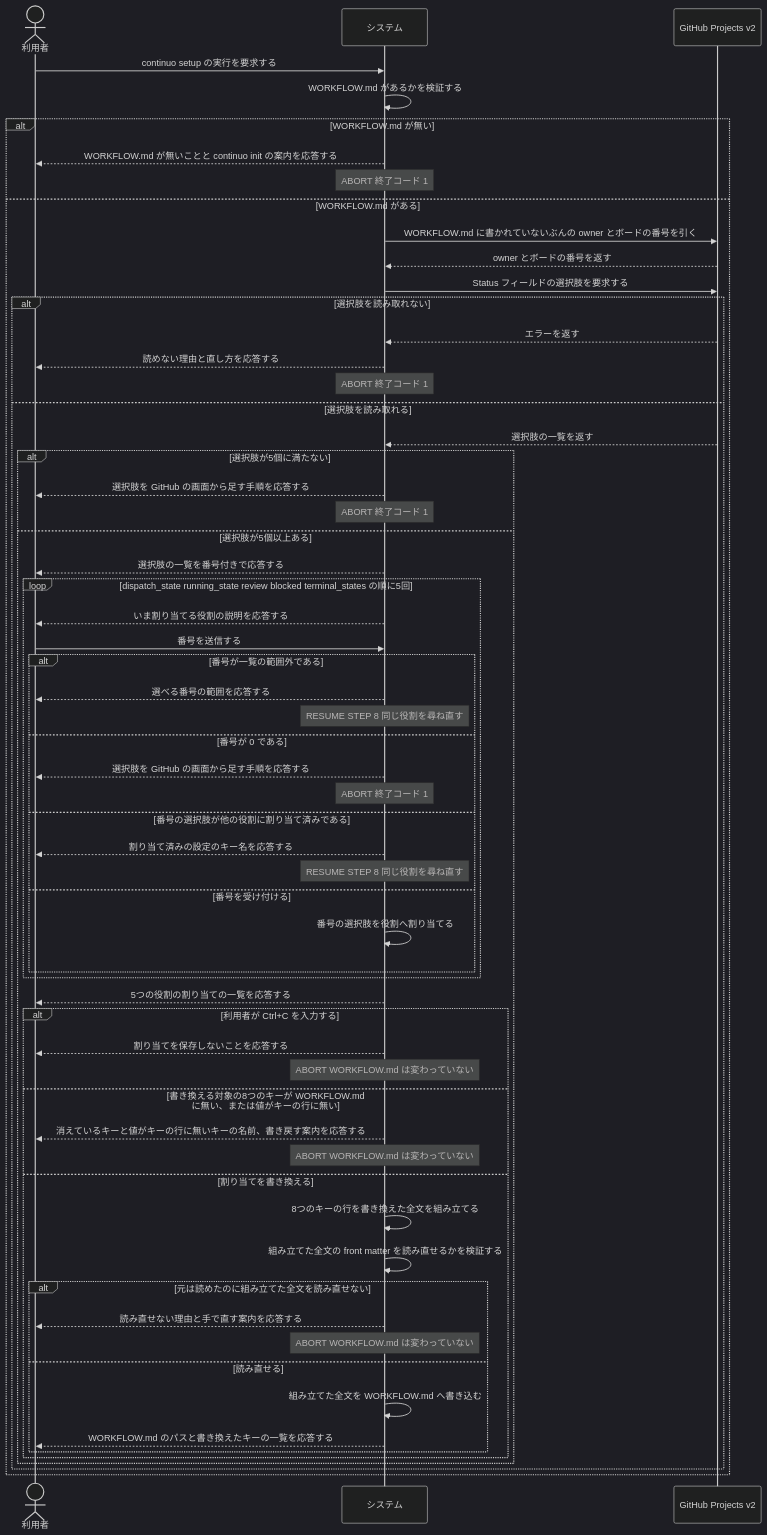
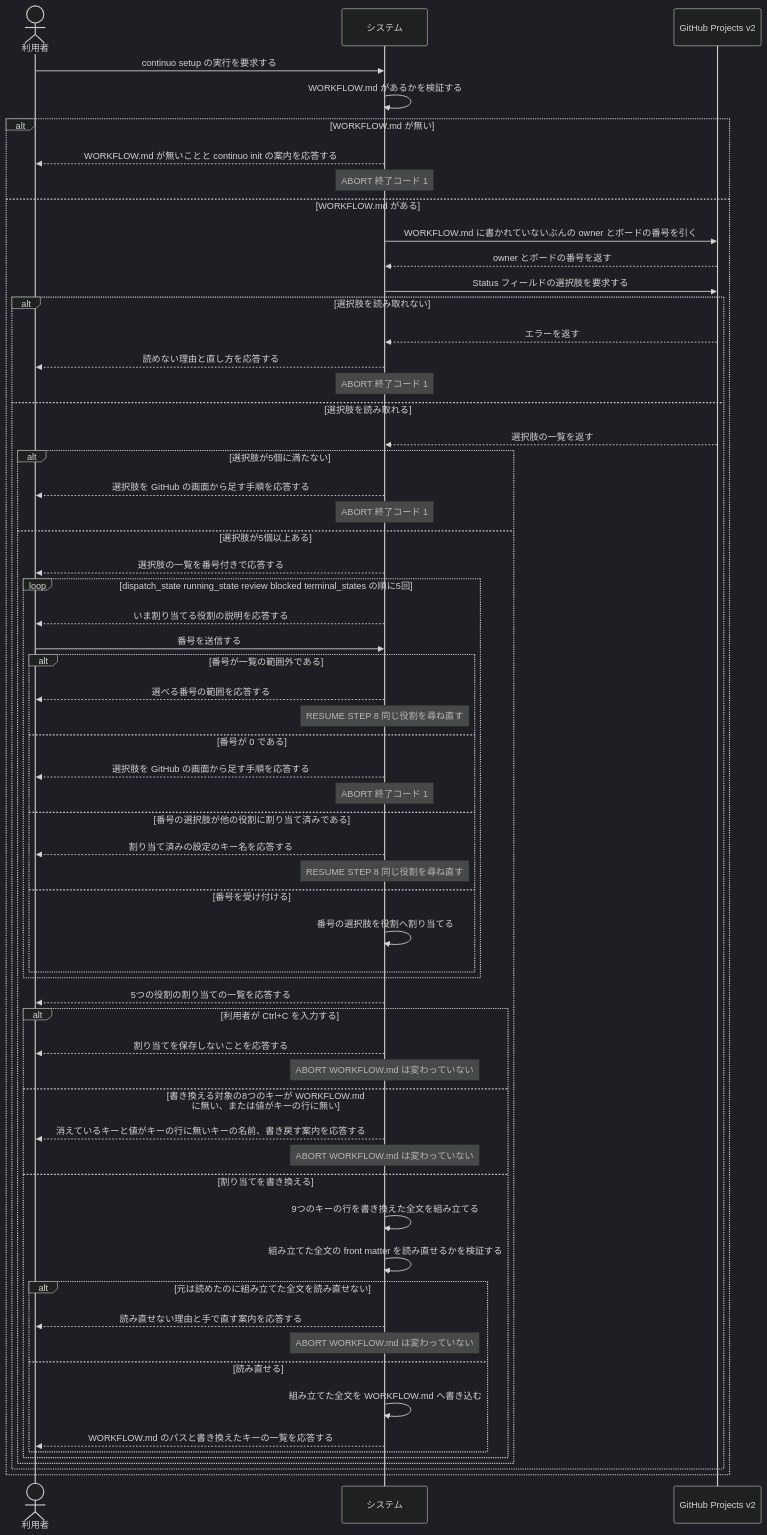
The second of 2 diagrams in docs/spec/usecases/particular_case/既存のボードの Status を割り当てる.rucm.md (maimuzo/continuo), drawn with Mermaid (dark theme) before and after one commit. The commit also changed other lines of this file and 23 other files, not shown here.

````diff
--- a/docs/spec/usecases/particular_case/既存のボードの Status を割り当てる.rucm.md
+++ b/docs/spec/usecases/particular_case/既存のボードの Status を割り当てる.rucm.md
@@ -276,64 +276,64 @@
 ```mermaid
 sequenceDiagram
     actor User as 利用者
     participant Sys as システム
     participant GH as GitHub Projects v2
 
     User->>Sys: continuo setup の実行を要求する
     Sys->>Sys: WORKFLOW.md があるかを検証する
     alt WORKFLOW.md が無い
         Sys-->>User: WORKFLOW.md が無いことと continuo init の案内を応答する
         Note over Sys: ABORT 終了コード 1
     else WORKFLOW.md がある
         Sys->>GH: WORKFLOW.md に書かれていないぶんの owner とボードの番号を引く
         GH-->>Sys: owner とボードの番号を返す
         Sys->>GH: Status フィールドの選択肢を要求する
         alt 選択肢を読み取れない
             GH-->>Sys: エラーを返す
             Sys-->>User: 読めない理由と直し方を応答する
             Note over Sys: ABORT 終了コード 1
         else 選択肢を読み取れる
             GH-->>Sys: 選択肢の一覧を返す
             alt 選択肢が5個に満たない
                 Sys-->>User: 選択肢を GitHub の画面から足す手順を応答する
                 Note over Sys: ABORT 終了コード 1
             else 選択肢が5個以上ある
                 Sys-->>User: 選択肢の一覧を番号付きで応答する
                 loop dispatch_state running_state review blocked terminal_states の順に5回
                     Sys-->>User: いま割り当てる役割の説明を応答する
                     User->>Sys: 番号を送信する
                     alt 番号が一覧の範囲外である
                         Sys-->>User: 選べる番号の範囲を応答する
                         Note over Sys: RESUME STEP 8 同じ役割を尋ね直す
                     else 番号が 0 である
                         Sys-->>User: 選択肢を GitHub の画面から足す手順を応答する
                         Note over Sys: ABORT 終了コード 1
                     else 番号の選択肢が他の役割に割り当て済みである
                         Sys-->>User: 割り当て済みの設定のキー名を応答する
                         Note over Sys: RESUME STEP 8 同じ役割を尋ね直す
                     else 番号を受け付ける
                         Sys->>Sys: 番号の選択肢を役割へ割り当てる
                     end
                 end
                 Sys-->>User: 5つの役割の割り当ての一覧を応答する
                 alt 利用者が Ctrl+C を入力する
                     Sys-->>User: 割り当てを保存しないことを応答する
                     Note over Sys: ABORT WORKFLOW.md は変わっていない
                 else 書き換える対象の8つのキーが WORKFLOW.md に無い、または値がキーの行に無い
                     Sys-->>User: 消えているキーと値がキーの行に無いキーの名前、書き戻す案内を応答する
                     Note over Sys: ABORT WORKFLOW.md は変わっていない
                 else 割り当てを書き換える
-                    Sys->>Sys: 8つのキーの行を書き換えた全文を組み立てる
+                    Sys->>Sys: 9つのキーの行を書き換えた全文を組み立てる
                     Sys->>Sys: 組み立てた全文の front matter を読み直せるかを検証する
                     alt 元は読めたのに組み立てた全文を読み直せない
                         Sys-->>User: 読み直せない理由と手で直す案内を応答する
                         Note over Sys: ABORT WORKFLOW.md は変わっていない
                     else 読み直せる
                         Sys->>Sys: 組み立てた全文を WORKFLOW.md へ書き込む
                         Sys-->>User: WORKFLOW.md のパスと書き換えたキーの一覧を応答する
                     end
                 end
             end
         end
     end
 ```
````
